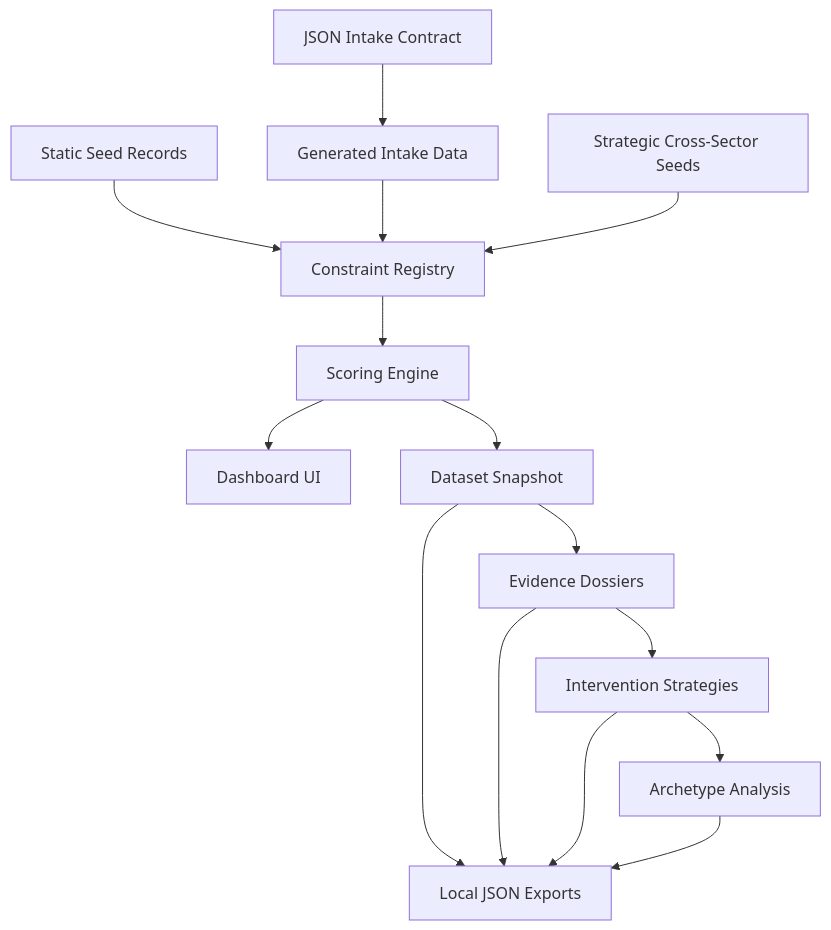
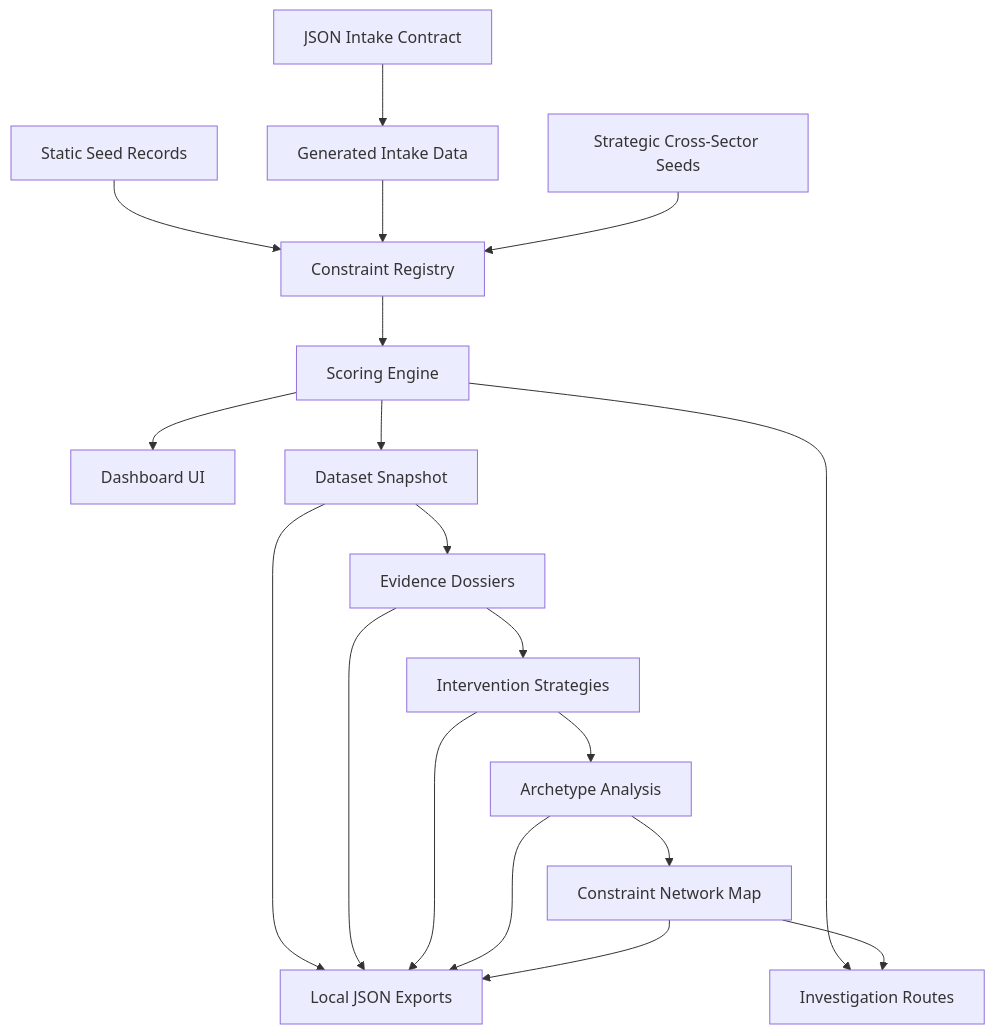
One commit to EtherTabu/economic-x-ray-vision changed the diagram in docs/ARCHITECTURE.md. Above: the diagram before and after it, drawn with Mermaid. The commit also changed other lines of this file and 12 other files, not shown here.

Commit message:
Add constraint network map

````diff
--- a/docs/ARCHITECTURE.md
+++ b/docs/ARCHITECTURE.md
@@ -9,17 +9,21 @@
 ```mermaid
 flowchart TD
   A["Static Seed Records"] --> C["Constraint Registry"]
   B["JSON Intake Contract"] --> D["Generated Intake Data"]
   D --> C
   E["Strategic Cross-Sector Seeds"] --> C
   C --> F["Scoring Engine"]
   F --> G["Dashboard UI"]
   F --> H["Dataset Snapshot"]
   H --> I["Evidence Dossiers"]
   I --> J["Intervention Strategies"]
   J --> K["Archetype Analysis"]
+  K --> M["Constraint Network Map"]
   H --> L["Local JSON Exports"]
   I --> L
   J --> L
   K --> L
+  M --> L
+  F --> N["Investigation Routes"]
+  M --> N
 ```
````
